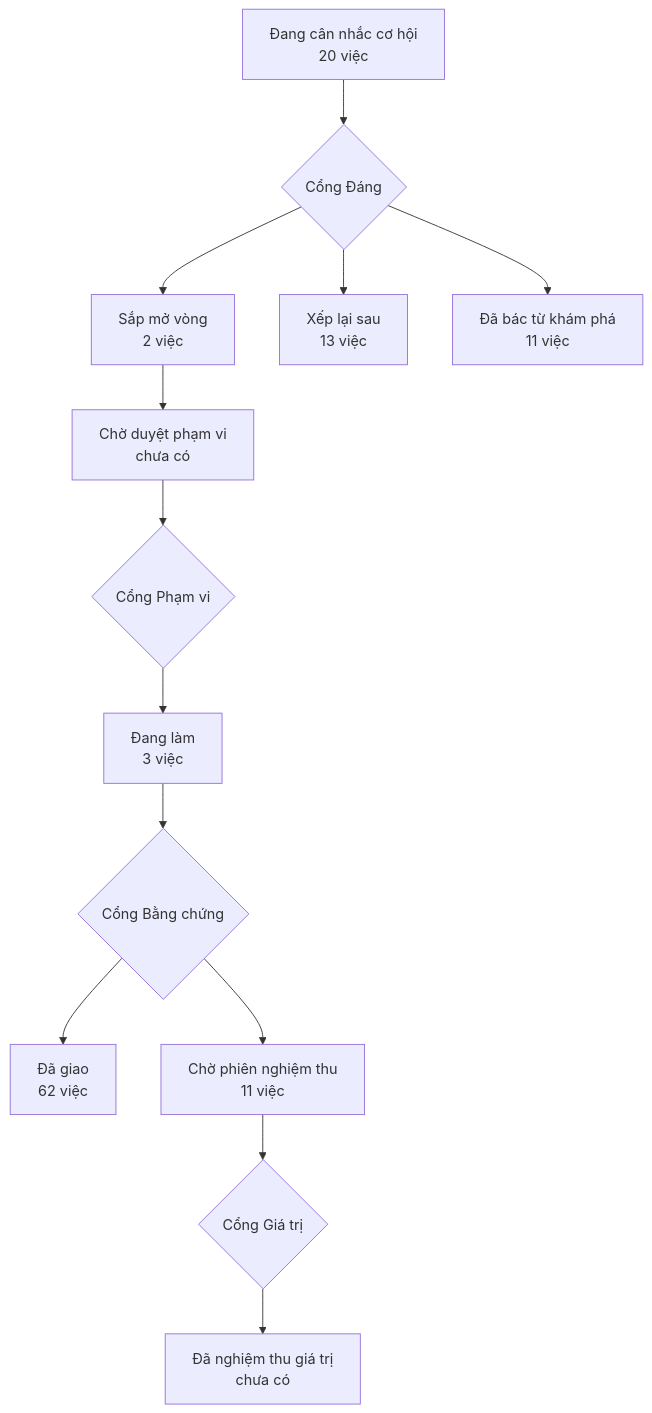
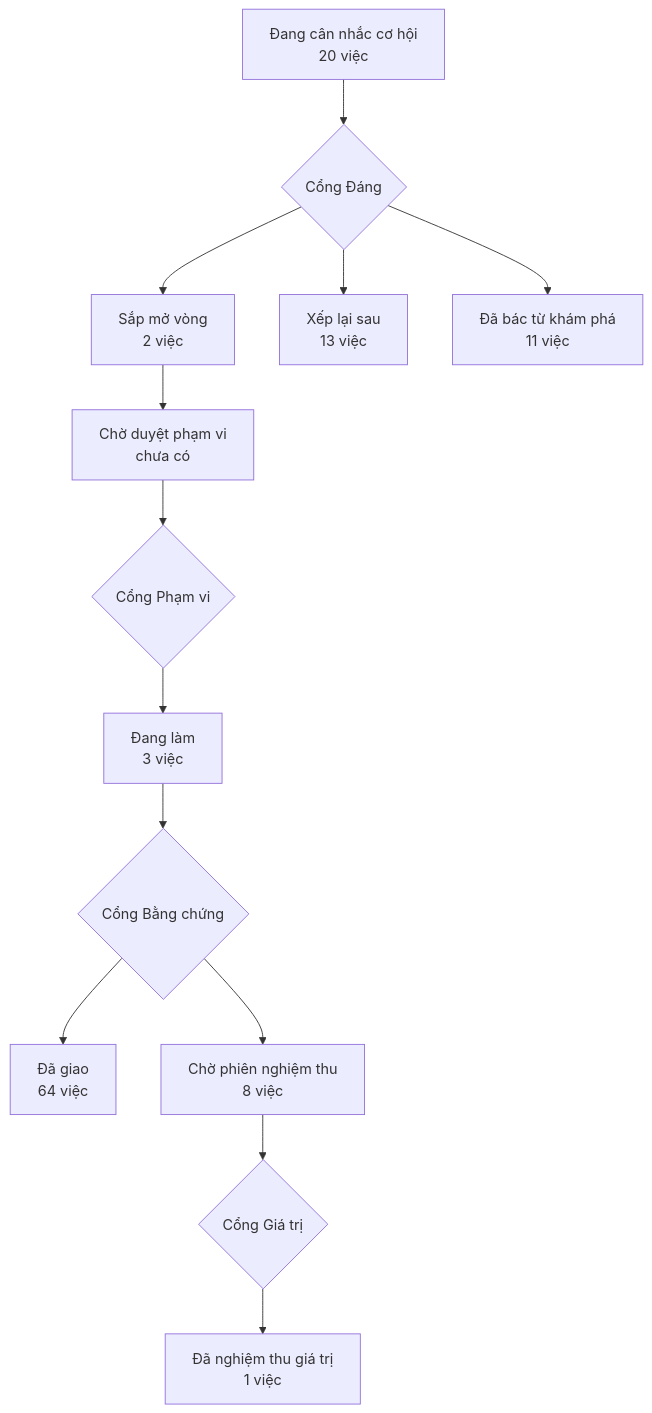
One commit to phanlemanh/acceptance-gate-kit changed the diagram in PRODUCT-MAP.md. Above: the diagram before and after it, drawn with Mermaid. The commit also changed other lines of this file and 5 other files, not shown here.

First line of the commit message:
Cổng Giá trị: ba hồ sơ treo — release ×1, park ×2 (Mạnh, 18/09)

````diff
--- a/PRODUCT-MAP.md
+++ b/PRODUCT-MAP.md
@@ -6,12 +6,12 @@
 ```mermaid
 flowchart TD
   A["Đang cân nhắc cơ hội<br/>20 việc"] --> GD{"Cổng Đáng"}
   GD --> B["Sắp mở vòng<br/>2 việc"]
   GD --> XL["Xếp lại sau<br/>13 việc"]
   GD --> DB["Đã bác từ khám phá<br/>11 việc"]
   B --> CD["Chờ duyệt phạm vi<br/>chưa có"] --> GP{"Cổng Phạm vi"}
   GP --> DL["Đang làm<br/>3 việc"] --> GB{"Cổng Bằng chứng"}
-  GB --> DG["Đã giao<br/>62 việc"]
-  GB --> CN["Chờ phiên nghiệm thu<br/>11 việc"] --> GG{"Cổng Giá trị"}
-  GG --> NT["Đã nghiệm thu giá trị<br/>chưa có"]
+  GB --> DG["Đã giao<br/>64 việc"]
+  GB --> CN["Chờ phiên nghiệm thu<br/>8 việc"] --> GG{"Cổng Giá trị"}
+  GG --> NT["Đã nghiệm thu giá trị<br/>1 việc"]
 ```
````
